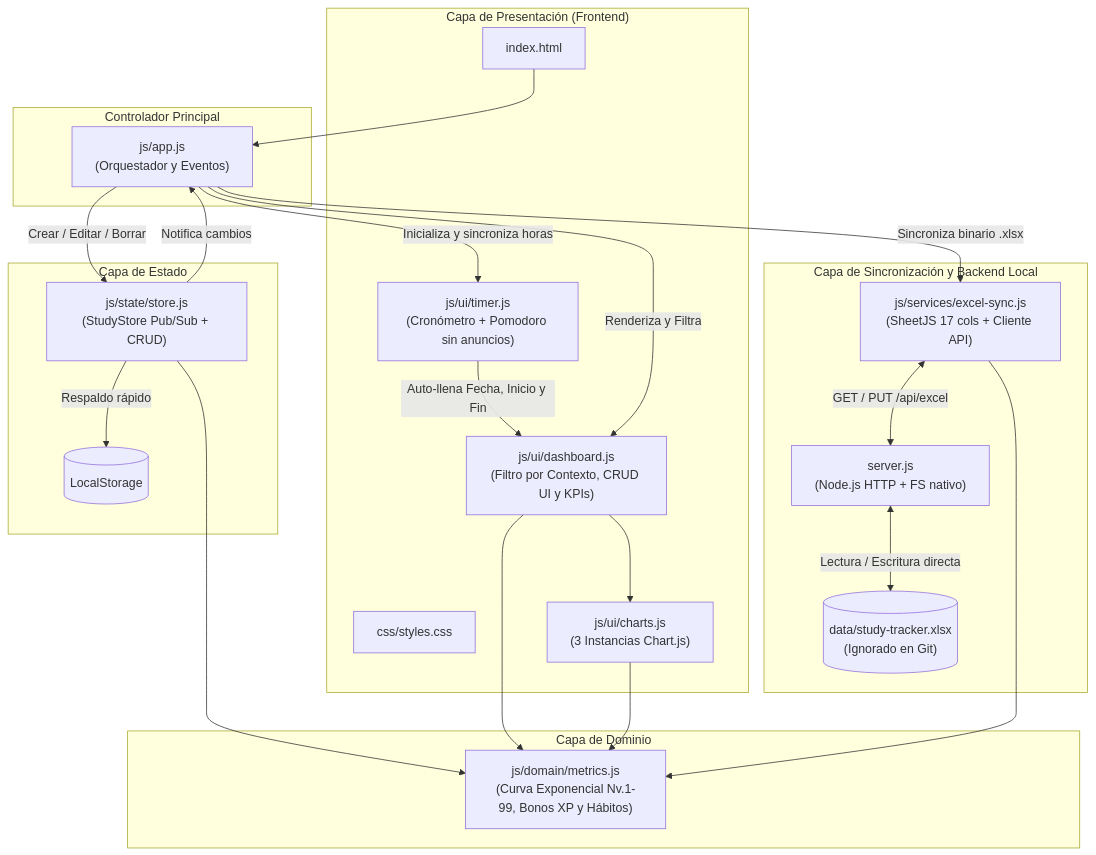
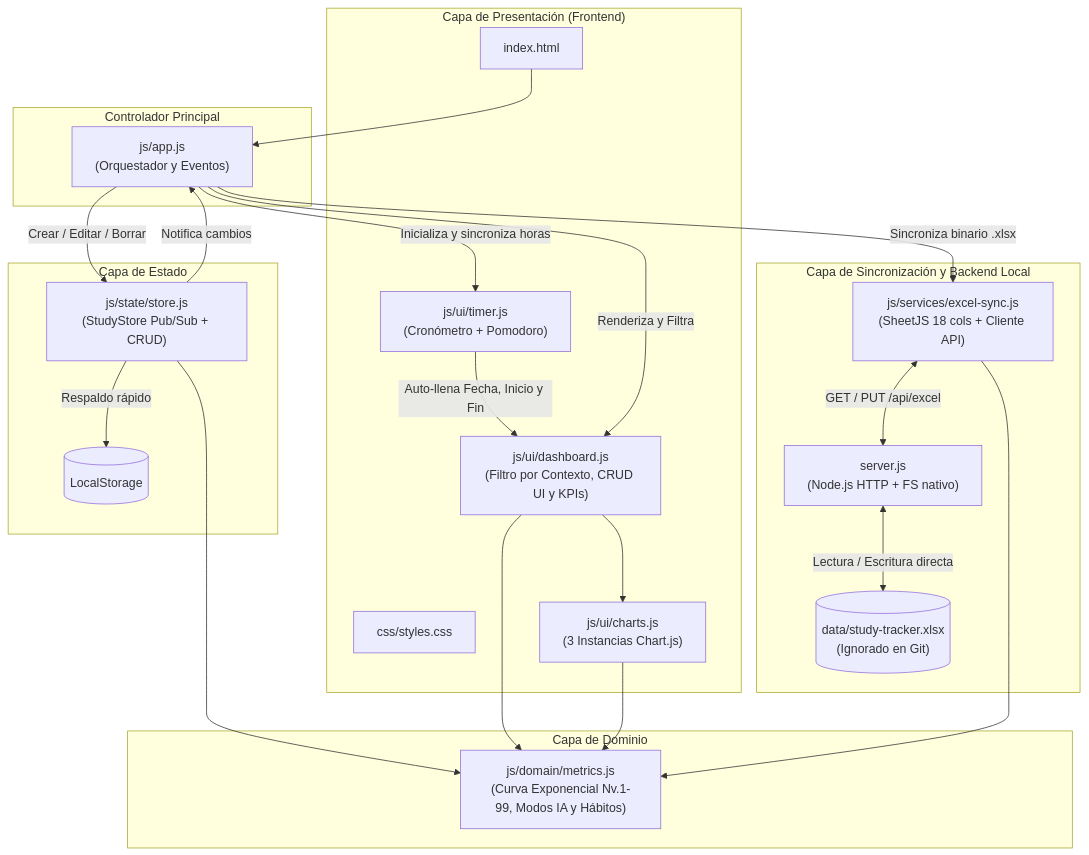
Before and after one commit to carloamezcua/study-tracker: the diagram in README.md, drawn with Mermaid. The commit also changed other lines of this file, not shown here.

Commit message:
docs(readme): actualiza documentacion con modos de IA, 6 actividades y esquema de 18 columnas

````diff
--- a/README.md
+++ b/README.md
@@ -41,45 +49,45 @@
 ```mermaid
 flowchart TD
     subgraph UI["Capa de Presentación (Frontend)"]
         HTML["index.html"]
         CSS["css/styles.css"]
-        TIMER["js/ui/timer.js\n(Cronómetro + Pomodoro sin anuncios)"]
+        TIMER["js/ui/timer.js\n(Cronómetro + Pomodoro)"]
         DASH["js/ui/dashboard.js\n(Filtro por Contexto, CRUD UI y KPIs)"]
         CHARTS["js/ui/charts.js\n(3 Instancias Chart.js)"]
     end
 
     subgraph Controller["Controlador Principal"]
         APP["js/app.js\n(Orquestador y Eventos)"]
     end
 
     subgraph State["Capa de Estado"]
         STORE["js/state/store.js\n(StudyStore Pub/Sub + CRUD)"]
         LS[("LocalStorage")]
     end
 
     subgraph Domain["Capa de Dominio"]
-        METRICS["js/domain/metrics.js\n(Curva Exponencial Nv.1-99, Bonos XP y Hábitos)"]
+        METRICS["js/domain/metrics.js\n(Curva Exponencial Nv.1-99, Modos IA y Hábitos)"]
     end
 
     subgraph Sync["Capa de Sincronización y Backend Local"]
-        SYNC["js/services/excel-sync.js\n(SheetJS 17 cols + Cliente API)"]
+        SYNC["js/services/excel-sync.js\n(SheetJS 18 cols + Cliente API)"]
         SERVER["server.js\n(Node.js HTTP + FS nativo)"]
         XLSX[("data/study-tracker.xlsx\n(Ignorado en Git)")]
     end
 
     HTML --> APP
     APP -->|Inicializa y sincroniza horas| TIMER
     TIMER -->|Auto-llena Fecha, Inicio y Fin| DASH
     APP -->|Crear / Editar / Borrar| STORE
     STORE -->|Respaldo rápido| LS
     STORE -->|Notifica cambios| APP
     APP -->|Renderiza y Filtra| DASH
     DASH --> CHARTS
     APP -->|Sincroniza binario .xlsx| SYNC
     SYNC <-->|GET / PUT /api/excel| SERVER
     SERVER <-->|Lectura / Escritura directa| XLSX
     STORE --> METRICS
     DASH --> METRICS
     CHARTS --> METRICS
     SYNC --> METRICS
 ```
````
